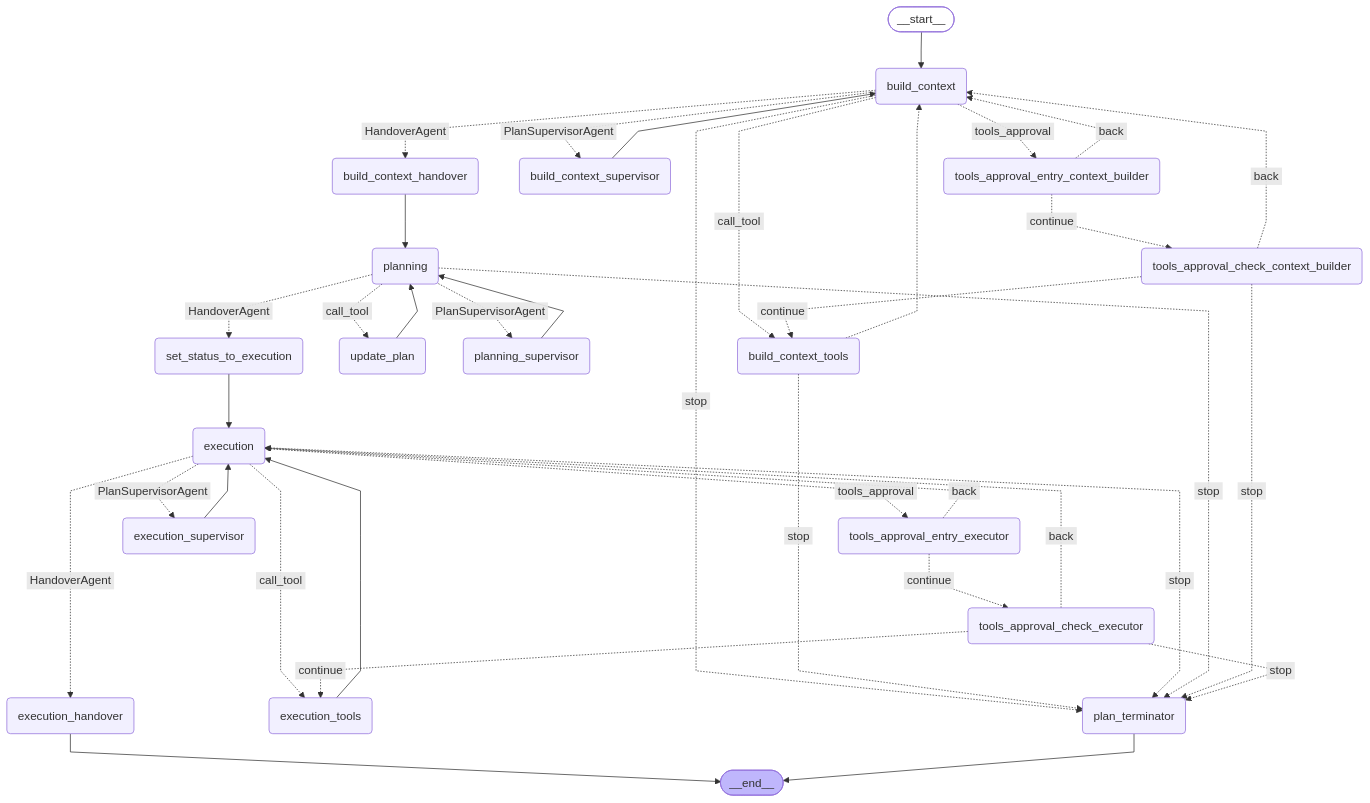
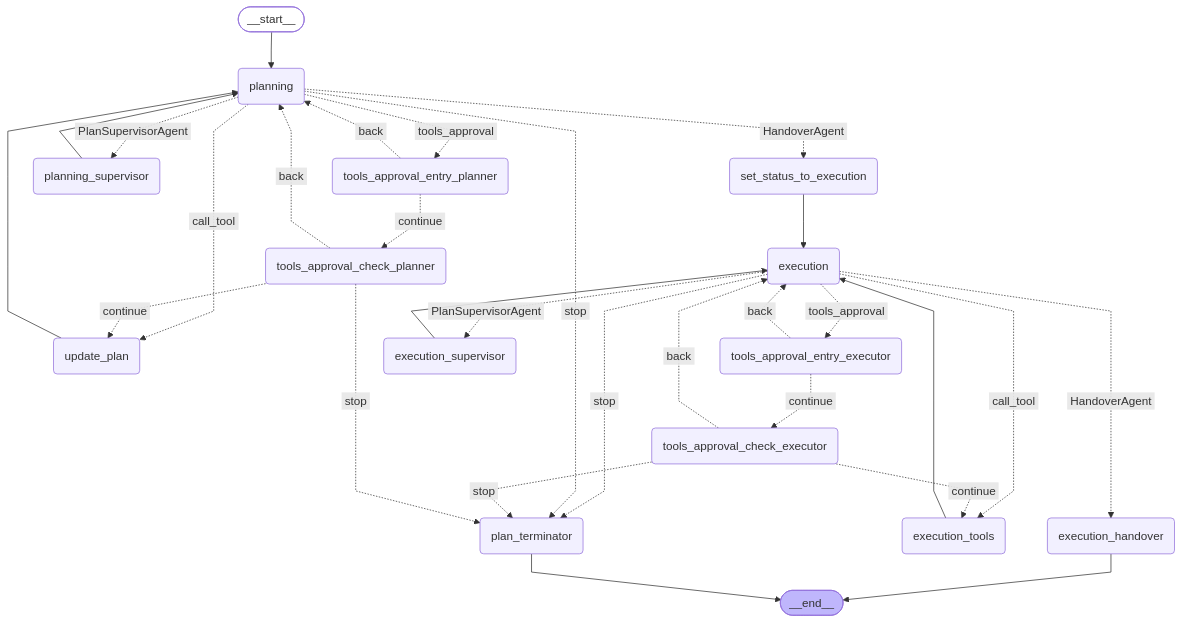
One commit to flyisland/ai-gateway changed the first of 8 diagrams in docs/duo_workflow_service_graphs.md. Above: the diagram before and after it, drawn with Mermaid. The commit also changed other lines of this file and 2 other files, not shown here.

Commit message:
fix: Fix tests for software_development graph
Fixing tests after merging context and planning stages
for the software_development graph.

````diff
--- a/docs/duo_workflow_service_graphs.md
+++ b/docs/duo_workflow_service_graphs.md
@@ -11,66 +11,54 @@
 ```mermaid
 ---
 config:
   flowchart:
     curve: linear
 ---
 graph TD;
     __start__([<p>__start__</p>]):::first
-    build_context(build_context)
-    build_context_tools(build_context_tools)
-    build_context_handover(build_context_handover)
-    build_context_supervisor(build_context_supervisor)
-    tools_approval_entry_context_builder(tools_approval_entry_context_builder)
-    tools_approval_check_context_builder(tools_approval_check_context_builder)
     planning(planning)
+    tools_approval_entry_planner(tools_approval_entry_planner)
+    tools_approval_check_planner(tools_approval_check_planner)
     update_plan(update_plan)
     planning_supervisor(planning_supervisor)
     plan_terminator(plan_terminator)
     set_status_to_execution(set_status_to_execution)
     execution(execution)
     tools_approval_entry_executor(tools_approval_entry_executor)
     tools_approval_check_executor(tools_approval_check_executor)
     execution_tools(execution_tools)
     execution_supervisor(execution_supervisor)
     execution_handover(execution_handover)
     __end__([<p>__end__</p>]):::last
-    __start__ --> build_context;
-    build_context -. &nbsp;HandoverAgent&nbsp; .-> build_context_handover;
-    build_context -. &nbsp;PlanSupervisorAgent&nbsp; .-> build_context_supervisor;
-    build_context -. &nbsp;call_tool&nbsp; .-> build_context_tools;
-    build_context -. &nbsp;stop&nbsp; .-> plan_terminator;
-    build_context -. &nbsp;tools_approval&nbsp; .-> tools_approval_entry_context_builder;
-    build_context_handover --> planning;
-    build_context_supervisor --> build_context;
-    build_context_tools -.-> build_context;
-    build_context_tools -. &nbsp;stop&nbsp; .-> plan_terminator;
+    __start__ --> planning;
     execution -. &nbsp;HandoverAgent&nbsp; .-> execution_handover;
     execution -. &nbsp;PlanSupervisorAgent&nbsp; .-> execution_supervisor;
     execution -. &nbsp;call_tool&nbsp; .-> execution_tools;
     execution -. &nbsp;stop&nbsp; .-> plan_terminator;
     execution -. &nbsp;tools_approval&nbsp; .-> tools_approval_entry_executor;
     execution_supervisor --> execution;
     execution_tools --> execution;
     planning -. &nbsp;stop&nbsp; .-> plan_terminator;
     planning -. &nbsp;PlanSupervisorAgent&nbsp; .-> planning_supervisor;
     planning -. &nbsp;HandoverAgent&nbsp; .-> set_status_to_execution;
+    planning -. &nbsp;tools_approval&nbsp; .-> tools_approval_entry_planner;
     planning -. &nbsp;call_tool&nbsp; .-> update_plan;
     planning_supervisor --> planning;
     set_status_to_execution --> execution;
-    tools_approval_check_context_builder -. &nbsp;back&nbsp; .-> build_context;
-    tools_approval_check_context_builder -. &nbsp;continue&nbsp; .-> build_context_tools;
-    tools_approval_check_context_builder -. &nbsp;stop&nbsp; .-> plan_terminator;
     tools_approval_check_executor -. &nbsp;back&nbsp; .-> execution;
     tools_approval_check_executor -. &nbsp;continue&nbsp; .-> execution_tools;
     tools_approval_check_executor -. &nbsp;stop&nbsp; .-> plan_terminator;
-    tools_approval_entry_context_builder -. &nbsp;back&nbsp; .-> build_context;
-    tools_approval_entry_context_builder -. &nbsp;continue&nbsp; .-> tools_approval_check_context_builder;
+    tools_approval_check_planner -. &nbsp;stop&nbsp; .-> plan_terminator;
+    tools_approval_check_planner -. &nbsp;back&nbsp; .-> planning;
+    tools_approval_check_planner -. &nbsp;continue&nbsp; .-> update_plan;
     tools_approval_entry_executor -. &nbsp;back&nbsp; .-> execution;
     tools_approval_entry_executor -. &nbsp;continue&nbsp; .-> tools_approval_check_executor;
+    tools_approval_entry_planner -. &nbsp;back&nbsp; .-> planning;
+    tools_approval_entry_planner -. &nbsp;continue&nbsp; .-> tools_approval_check_planner;
     update_plan --> planning;
     execution_handover --> __end__;
     plan_terminator --> __end__;
     classDef default fill:#f2f0ff,line-height:1.2
     classDef first fill-opacity:0
     classDef last fill:#bfb6fc
 ```
````
